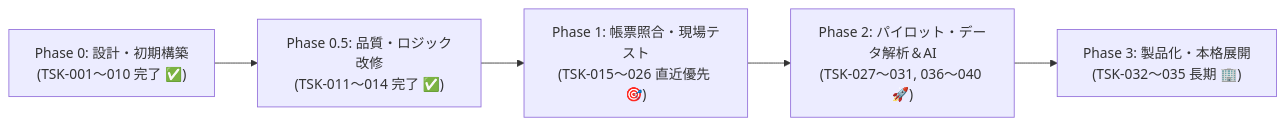
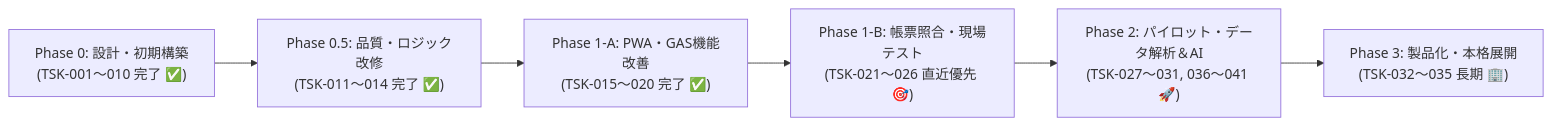
The diagram in docs/task_roadmap.md (SHOMASATOADV/einou), drawn with Mermaid before and after one commit. The commit also changed other lines of this file, not shown here.

Commit message:
docs: update task roadmap with TSK-019, TSK-020 and TSK-041 completion

````diff
--- a/docs/task_roadmap.md
+++ b/docs/task_roadmap.md
@@ -5,7 +5,8 @@
 ```mermaid
 flowchart LR
     P0["Phase 0: 設計・初期構築\n(TSK-001〜010 完了 ✅)"] --> P05["Phase 0.5: 品質・ロジック改修\n(TSK-011〜014 完了 ✅)"]
-    P05 --> P1["Phase 1: 帳票照合・現場テスト\n(TSK-015〜026 直近優先 🎯)"]
-    P1 --> P2["Phase 2: パイロット・データ解析＆AI\n(TSK-027〜031, 036〜040 🚀)"]
+    P05 --> P1A["Phase 1-A: PWA・GAS機能改善\n(TSK-015〜020 完了 ✅)"]
+    P1A --> P1B["Phase 1-B: 帳票照合・現場テスト\n(TSK-021〜026 直近優先 🎯)"]
+    P1B --> P2["Phase 2: パイロット・データ解析＆AI\n(TSK-027〜031, 036〜041 🚀)"]
     P2 --> P3["Phase 3: 製品化・本格展開\n(TSK-032〜035 長期 🏢)"]
 ```
````
